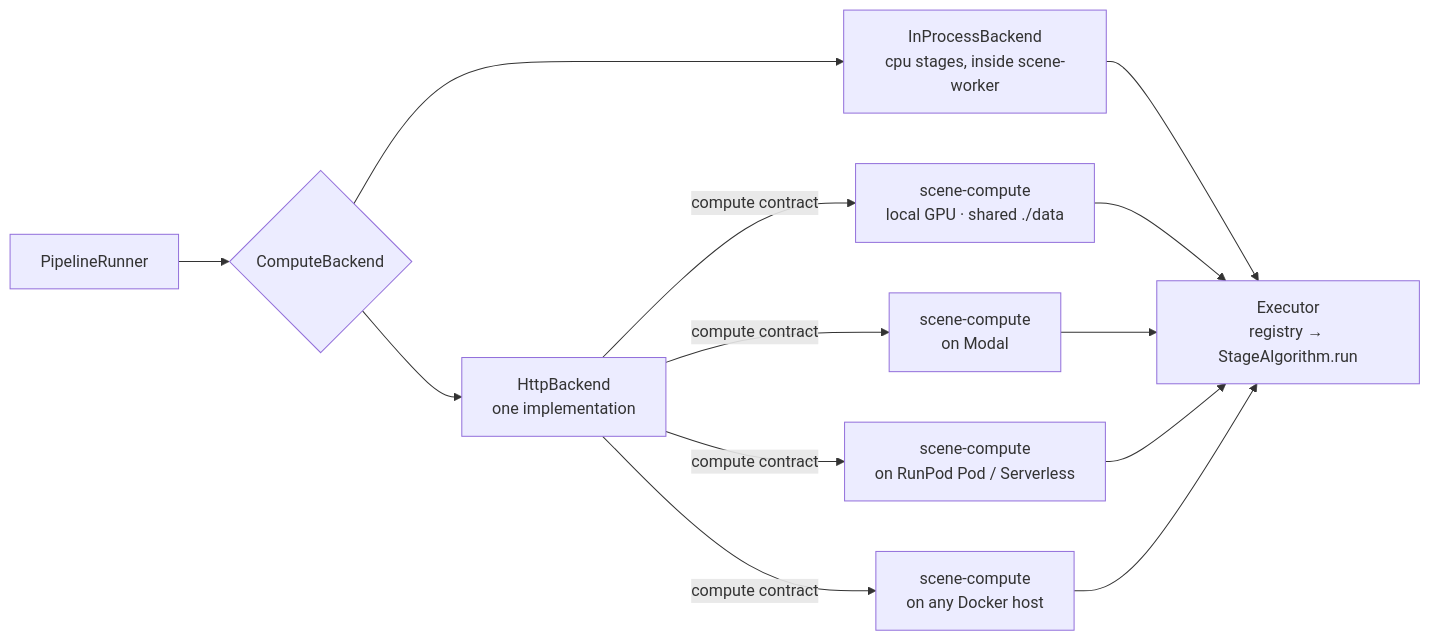
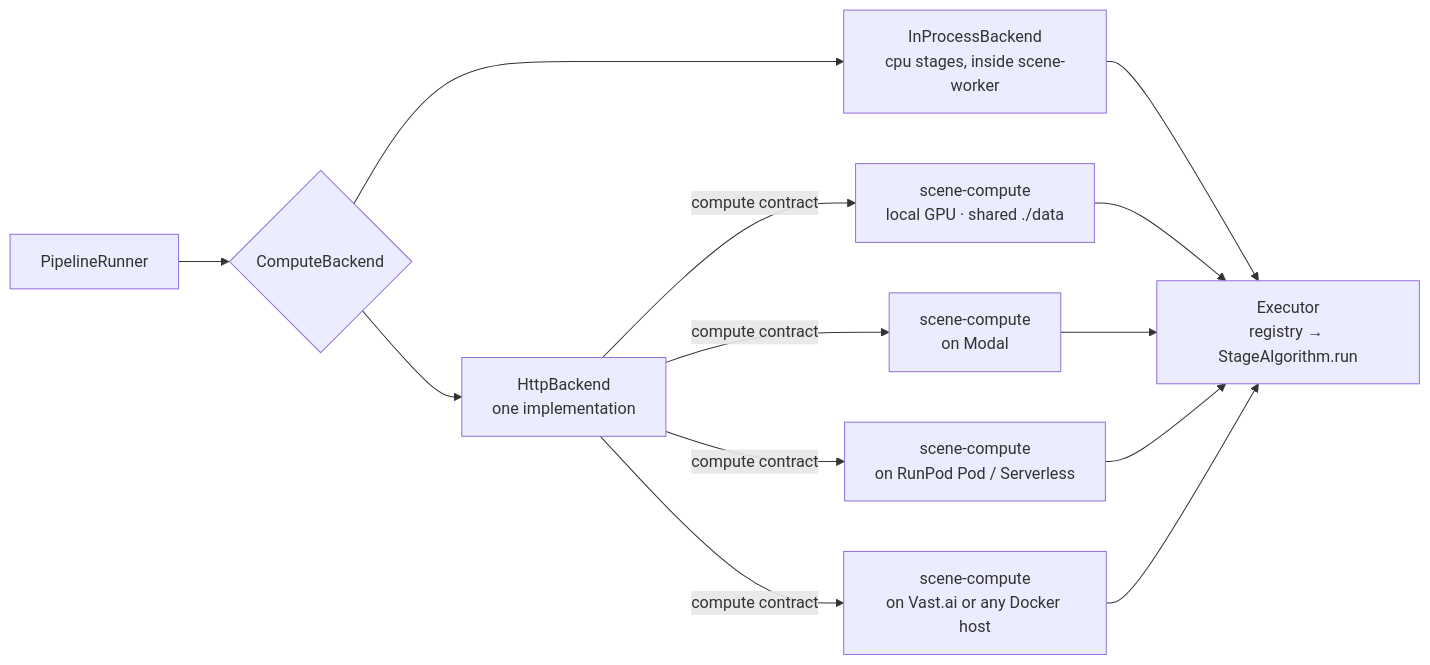
The third of 3 diagrams in docs/ARCHITECTURE.md (luatducvo/3D-scene), drawn with Mermaid before and after one commit. The commit also changed other lines of this file and 19 other files, not shown here.

````diff
--- a/docs/ARCHITECTURE.md
+++ b/docs/ARCHITECTURE.md
@@ -644,11 +645,11 @@
 ```mermaid
 flowchart LR
   R[PipelineRunner] --> CB{ComputeBackend}
   CB --> IP[InProcessBackend<br/>cpu stages, inside scene-worker]
   CB --> HB[HttpBackend<br/>one implementation]
   HB -->|compute contract| L[scene-compute<br/>local GPU · shared ./data]
   HB -->|compute contract| M[scene-compute<br/>on Modal]
   HB -->|compute contract| P[scene-compute<br/>on RunPod Pod / Serverless]
-  HB -->|compute contract| V[scene-compute<br/>on any Docker host]
+  HB -->|compute contract| V[scene-compute<br/>on Vast.ai or any Docker host]
   IP & L & M & P & V --> EX[Executor<br/>registry → StageAlgorithm.run]
 ```
````
